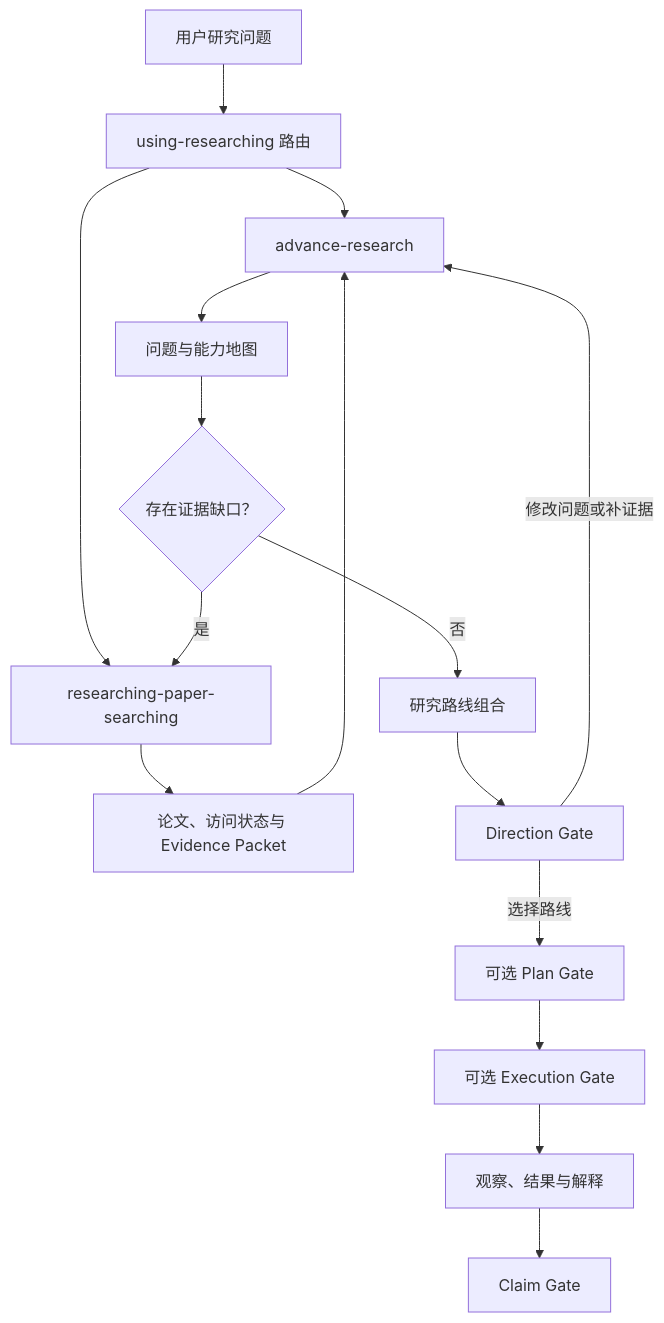
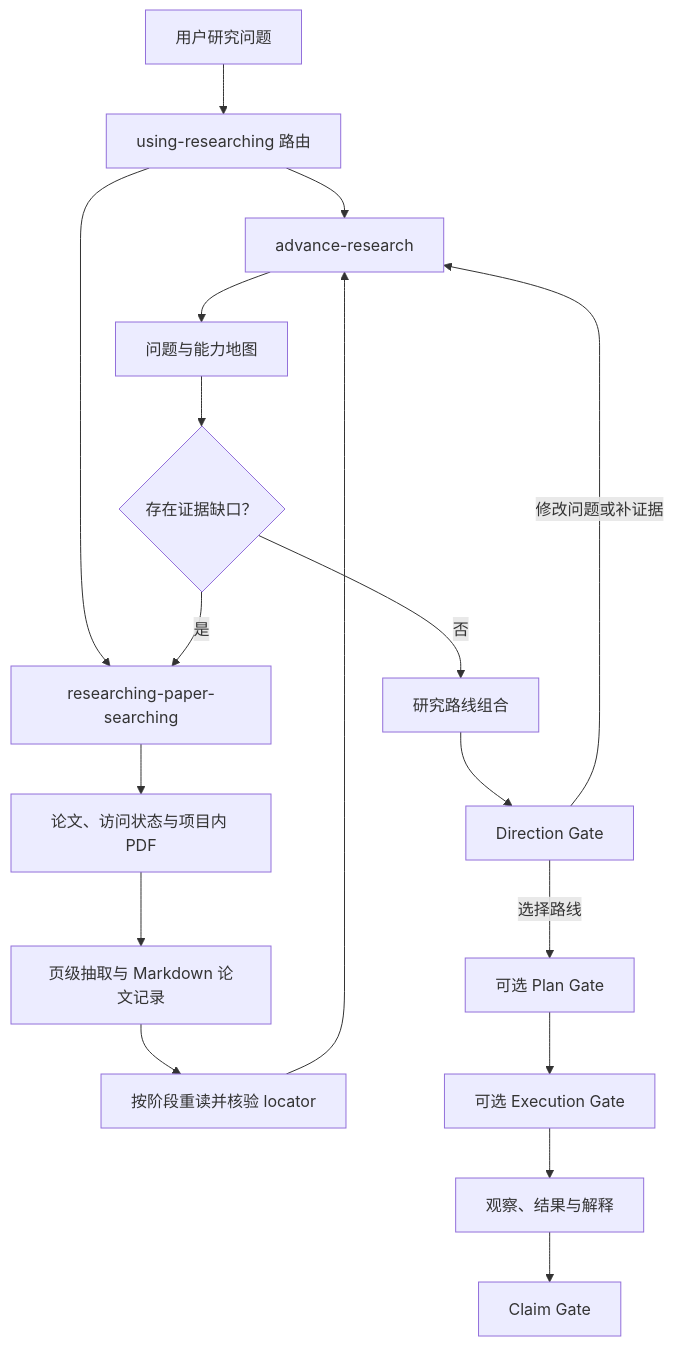
One commit to Asunazzz123/researching-plugin changed the diagram in README.md. Above: the diagram before and after it, drawn with Mermaid. The commit also changed other lines of this file and 10 other files, not shown here.

````diff
--- a/README.md
+++ b/README.md
@@ -200,18 +223,20 @@
 ```mermaid
 flowchart TD
     A["用户研究问题"] --> B["using-researching 路由"]
     B --> C["advance-research"]
     B --> D["researching-paper-searching"]
     C --> E["问题与能力地图"]
     E --> F{"存在证据缺口？"}
     F -- "是" --> D
-    D --> G["论文、访问状态与 Evidence Packet"]
-    G --> C
+    D --> G["论文、访问状态与项目内 PDF"]
+    G --> N["页级抽取与 Markdown 论文记录"]
+    N --> O["按阶段重读并核验 locator"]
+    O --> C
     F -- "否" --> H["研究路线组合"]
     H --> I["Direction Gate"]
     I -- "修改问题或补证据" --> C
     I -- "选择路线" --> J["可选 Plan Gate"]
     J --> K["可选 Execution Gate"]
     K --> L["观察、结果与解释"]
     L --> M["Claim Gate"]
 ```
````
